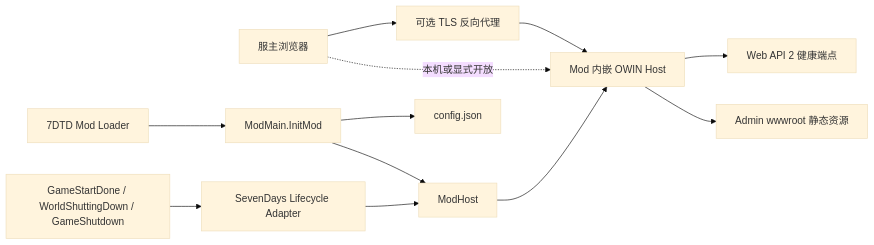
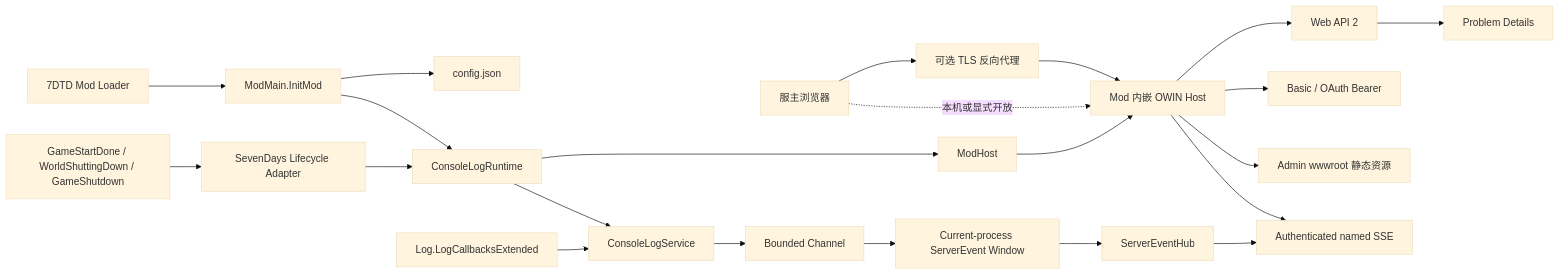
One commit to IceCoffee1024/7dpanel-legacy changed the diagram in docs/architecture.md. Above: the diagram before and after it, drawn with Mermaid (base theme). The commit also changed other lines of this file and 66 other files, not shown here.

First line of the commit message:
feat(backend): add authenticated server event pipeline

````diff
--- a/docs/architecture.md
+++ b/docs/architecture.md
@@ -20,14 +20,24 @@
 ```mermaid
 flowchart LR
     Browser[服主浏览器] --> Proxy[可选 TLS 反向代理]
     Proxy --> Host[Mod 内嵌 OWIN Host]
     Browser -. 本机或显式开放 .-> Host
-    Host --> Api[Web API 2 健康端点]
+    Host --> Api[Web API 2]
+    Host --> Auth[Basic / OAuth Bearer]
+    Api --> Problem[Problem Details]
     Host --> Static[Admin wwwroot 静态资源]
     ModLoader[7DTD Mod Loader] --> Bootstrap[ModMain.InitMod]
     Bootstrap --> Config[config.json]
-    Bootstrap --> Runtime[ModHost]
-    Runtime --> Host
+    Bootstrap --> Runtime[ConsoleLogRuntime]
+    Runtime --> ModHost
+    ModHost --> Host
     GameEvents[GameStartDone / WorldShuttingDown / GameShutdown] --> Lifecycle[SevenDays Lifecycle Adapter]
     Lifecycle --> Runtime
+    GameLogs[Log.LogCallbacksExtended] --> LogService[ConsoleLogService]
+    LogService --> LogQueue[Bounded Channel]
+    LogQueue --> EventWindow[Current-process ServerEvent Window]
+    EventWindow --> EventHub[ServerEventHub]
+    EventHub --> Sse[Authenticated named SSE]
+    Host --> Sse
+    Runtime --> LogService
 ```
````
